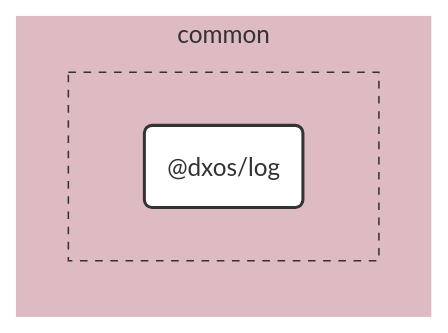
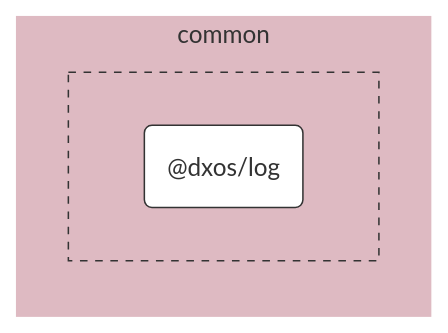
One commit to dxos/dxos changed the diagram in packages/common/log/docs/README.md. Above: the diagram before and after it, drawn with Mermaid. The commit also changed 104 other files, not shown here.

````diff
--- a/packages/common/log/docs/README.md
+++ b/packages/common/log/docs/README.md
@@ -7,30 +7,24 @@
 ```mermaid
 %%{ init: {'flowchart':{'curve':'basis'}} }%%
 
 flowchart LR
 
-%% Links
+%% Classes
+classDef def fill:#fff,stroke:#333,stroke-width:1px
+classDef root fill:#fff,stroke:#333,stroke-width:4px
 
-%% Sections
-subgraph common
-  style common fill:#debac2,stroke:#fff;
+%% Nodes
 
+subgraph common [common]
+  style common fill:#debac2,stroke:#fff
 
   subgraph common-excluded [ ]
-    style common-excluded fill:#debac2,stroke:#333,stroke-dasharray:5 5;
-
-    dxos/log("@dxos/log")
+    style common-excluded fill:#debac2,stroke:#333,stroke-dasharray:5 5
+    dxos/log("@dxos/log"):::def
+    click dxos/log "dxos/dxos/tree/main/packages/common/log/docs"
   end
 end
 
-
-%% Hyperlinks
-
-%% Styles
-classDef rootNode fill:#fff,stroke:#333,stroke-width:2px
-classDef defaultNode fill:#fff,stroke:#333,stroke-width:1px
+%% Links
 linkStyle default stroke:#333,stroke-width:1px
-
-dxos/log:::rootNode
-
 ```
````
